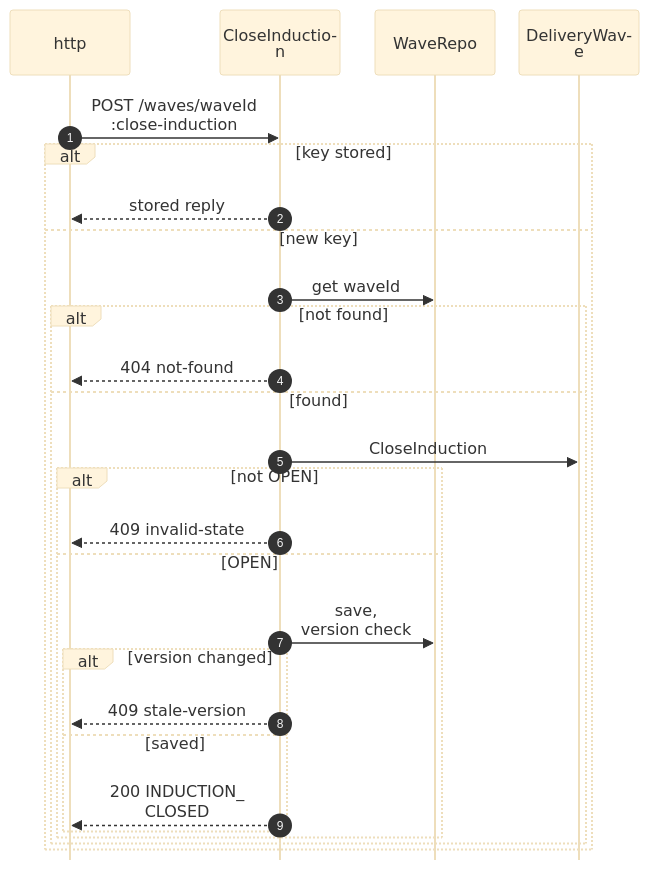
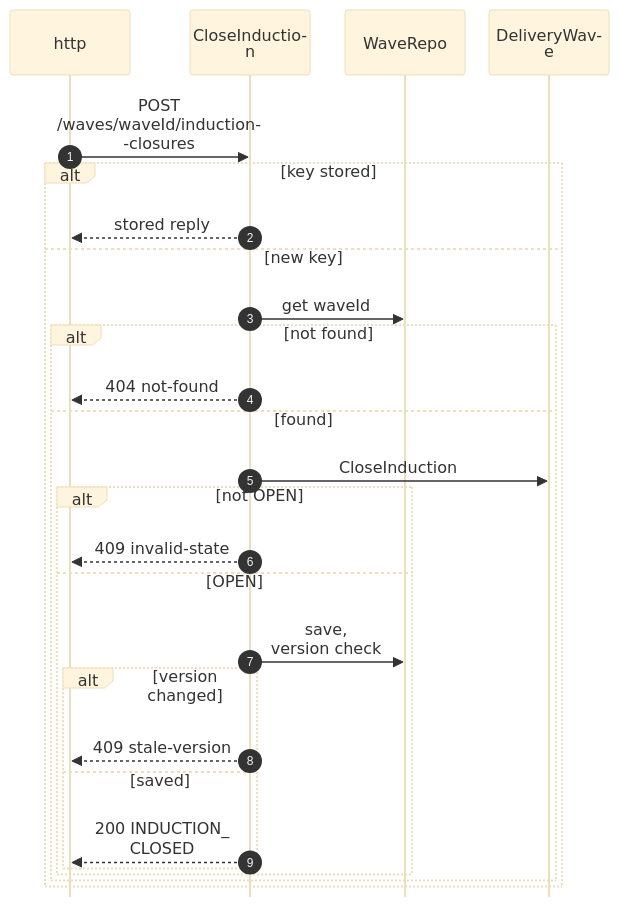
One commit to IQVO/warehouse-docs changed the third of 11 diagrams in network/docs/contexts/last-mile-delivery/sequence-diagrams.md. Above: the diagram before and after it, drawn with Mermaid (base theme). The commit also changed other lines of this file and 272 other files, not shown here.

````diff
--- a/network/docs/contexts/last-mile-delivery/sequence-diagrams.md
+++ b/network/docs/contexts/last-mile-delivery/sequence-diagrams.md
@@ -127,30 +127,30 @@
 ```mermaid
 %%{init: {"sequence": {"wrap": true, "width": 120, "actorMargin": 24, "messageMargin": 28, "boxMargin": 6, "noteMargin": 6, "mirrorActors": false}}}%%
 sequenceDiagram
     autonumber
     participant HTTP as http
     participant UC as CloseInduction
     participant REPO as WaveRepo
     participant AGG as DeliveryWave
-    HTTP->>UC: POST /waves/waveId<br/>:close-induction
+    HTTP->>UC: POST /waves/waveId/induction-closures
     alt key stored
         UC-->>HTTP: stored reply
     else new key
         UC->>REPO: get waveId
         alt not found
             UC-->>HTTP: 404 not-found
         else found
             UC->>AGG: CloseInduction
             alt not OPEN
                 UC-->>HTTP: 409 invalid-state
             else OPEN
                 UC->>REPO: save,<br/>version check
                 alt version changed
                     UC-->>HTTP: 409 stale-version
                 else saved
                     UC-->>HTTP: 200 INDUCTION_<br/>CLOSED
                 end
             end
         end
     end
 ```
````
